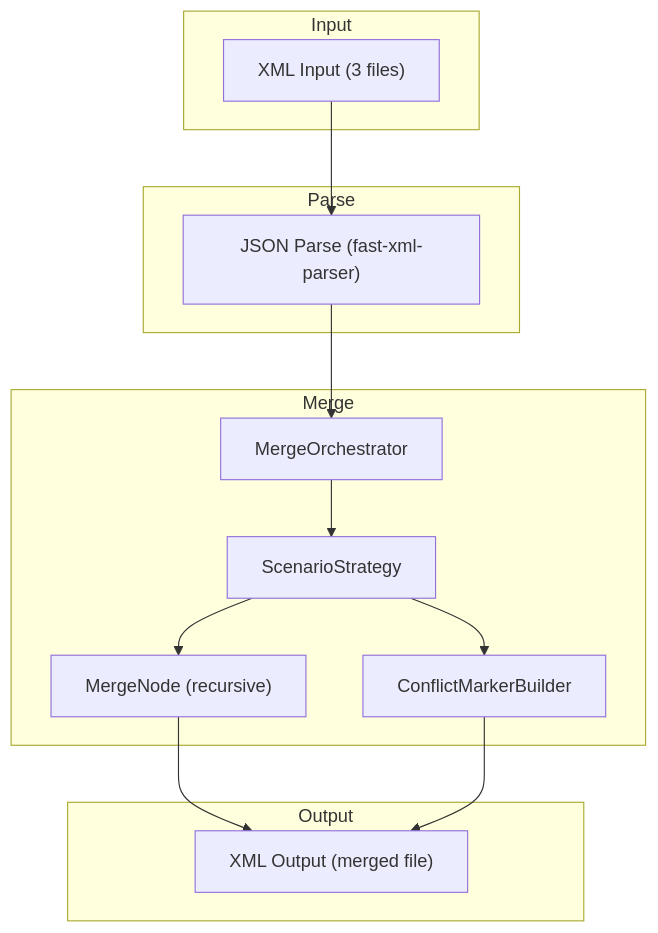
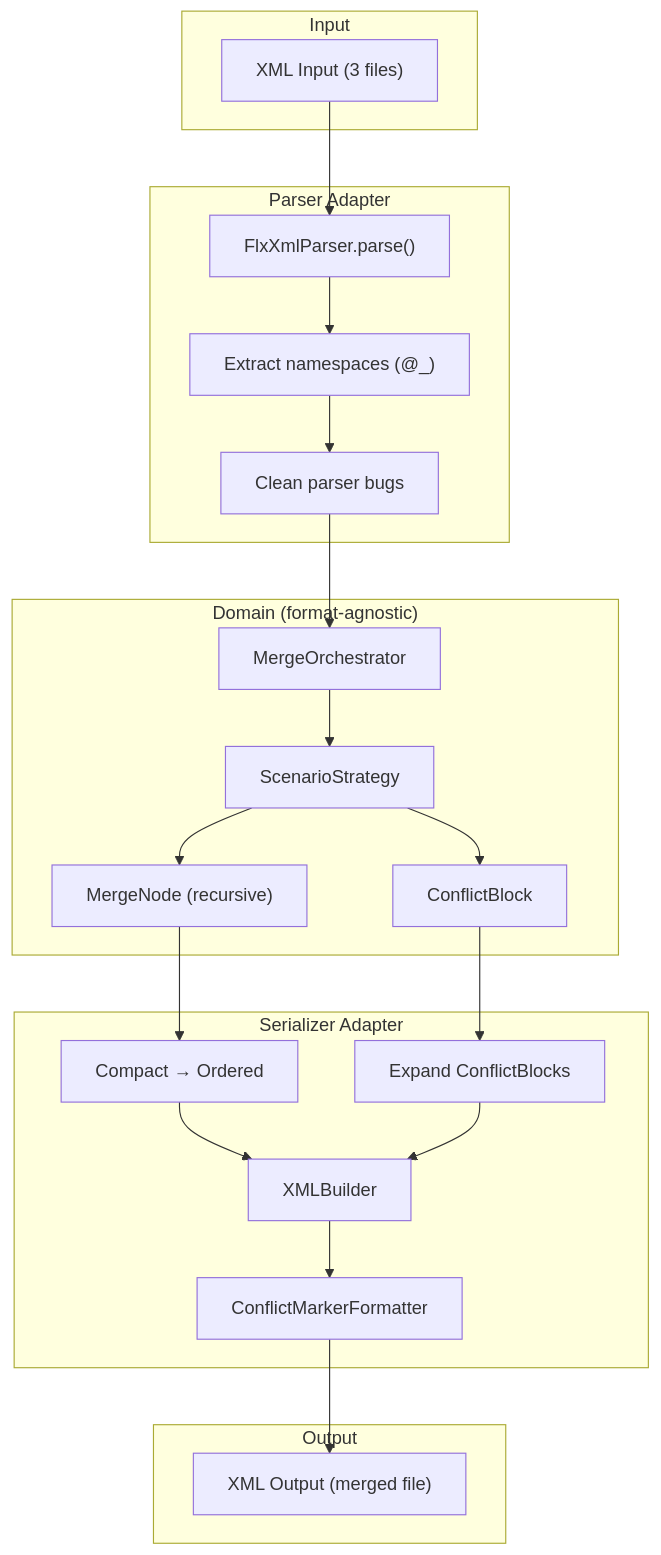
The fifth of 7 diagrams in DESIGN.md (scolladon/sf-git-merge-driver), drawn with Mermaid before and after one commit. The commit also changed other lines of this file and 58 other files, not shown here.

Commit message:
fix(perf): switch to flexible-xml-parser, introduce ports & adapters architecture (#181)

````diff
--- a/DESIGN.md
+++ b/DESIGN.md
@@ -147,29 +191,40 @@
 ```mermaid
 flowchart TD
     subgraph Input
         XML["XML Input (3 files)"]
     end
 
-    subgraph Parse
-        JSON["JSON Parse (fast-xml-parser)"]
+    subgraph "Parser Adapter"
+        Parse["FlxXmlParser.parse()"]
+        Extract["Extract namespaces (@_)"]
+        Clean["Clean parser bugs"]
     end
 
-    subgraph Merge
+    subgraph "Domain (format-agnostic)"
         Orchestrator["MergeOrchestrator"]
         Strategy["ScenarioStrategy"]
         Nodes["MergeNode (recursive)"]
-        Conflict["ConflictMarkerBuilder"]
+        Conflict["ConflictBlock"]
+    end
+
+    subgraph "Serializer Adapter"
+        Convert["Compact → Ordered"]
+        Expand["Expand ConflictBlocks"]
+        Build["XMLBuilder"]
+        Format["ConflictMarkerFormatter"]
     end
 
     subgraph Output
         Result["XML Output (merged file)"]
     end
 
-    XML --> JSON
-    JSON --> Orchestrator
+    XML --> Parse --> Extract --> Clean --> Orchestrator
     Orchestrator --> Strategy
     Strategy --> Nodes
     Strategy --> Conflict
-    Nodes --> Result
-    Conflict --> Result
+    Nodes --> Convert
+    Conflict --> Expand
+    Convert --> Build
+    Expand --> Build
+    Build --> Format --> Result
 ```
````
